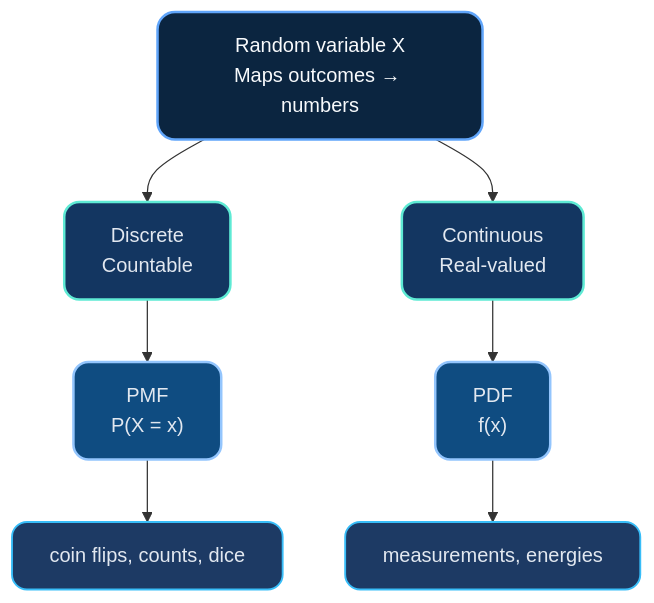
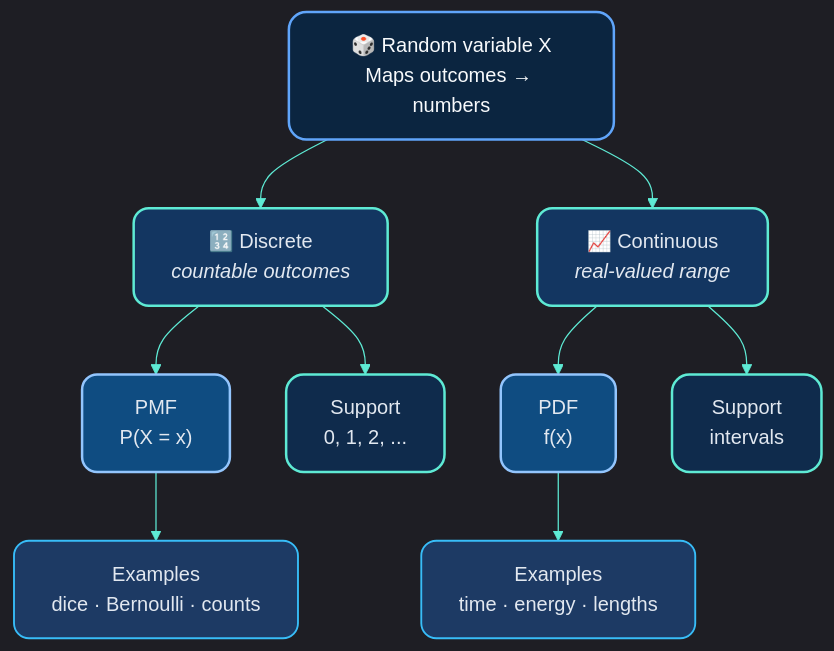
Before and after one commit to MindaugasSarpis/CERN_lessons_on_data_analysis: the fourth of 6 diagrams in lectures/content/slides/L9_Probability_and_Statistics.md, drawn with Mermaid. The commit also changed other lines of this file and 3 other files, not shown here.

````diff
--- a/lectures/content/slides/L9_Probability_and_Statistics.md
+++ b/lectures/content/slides/L9_Probability_and_Statistics.md
@@ -744,26 +749,29 @@
-```mermaid
+```mermaid {scale: 0.9}
 %%{init: {'theme': 'dark', 'themeVariables': {
   'primaryColor': '#0f1f3d',
   'primaryBorderColor': '#60a5fa',
   'primaryTextColor': '#e2e8f0',
   'secondaryColor': '#102b4c',
   'tertiaryColor': '#143860',
   'lineColor': '#5eead4',
   'fontFamily': 'Inter, Segoe UI, sans-serif'
-}, 'flowchart': {'curve': 'basis', 'htmlLabels': true, 'useMaxWidth': true, 'nodeSpacing': 35, 'rankSpacing': 45}}%%
+}, 'flowchart': {'curve': 'basis', 'htmlLabels': true, 'useMaxWidth': true, 'nodeSpacing': 45, 'rankSpacing': 55}}}%%
 flowchart TB
-    RV["Random variable X<br/>Maps outcomes → numbers"]:::hub
-    RV --> Discrete["Discrete<br/>Countable"]:::branch
-    RV --> Continuous["Continuous<br/>Real-valued"]:::branch
+    RV["🎲 Random variable X<br/><span class='text-sm'>Maps outcomes → numbers</span>"]:::hub
+    RV --> Disc["🔢 Discrete<br/><i>countable outcomes</i>"]:::category
+    RV --> Cont["📈 Continuous<br/><i>real-valued range</i>"]:::category
 
-    Discrete --> PMF["PMF<br/>P(X = x)"]:::detail
-    Continuous --> PDF["PDF<br/>f(x)"]:::detail
+    Disc --> PMF["PMF<br/>P(X = x)"]:::detail
+    Disc --> DiscSupport["Support<br/><span class='text-sm'>0, 1, 2, ...</span>"]:::support
+    PMF --> DiscEx["Examples<br/><span class='text-sm'>dice · Bernoulli · counts</span>"]:::example
 
-    PMF --> DiscEx["coin flips, counts, dice"]:::example
-    PDF --> ContEx["measurements, energies"]:::example
+    Cont --> PDF["PDF<br/>f(x)"]:::detail
+    Cont --> ContSupport["Support<br/><span class='text-sm'>intervals</span>"]:::support
+    PDF --> ContEx["Examples<br/><span class='text-sm'>time · energy · lengths</span>"]:::example
 
     classDef hub fill:#0b2540,stroke:#60a5fa,stroke-width:2px,color:#f8fafc,rx:14px,ry:14px;
-    classDef branch fill:#133661,stroke:#5eead4,stroke-width:2px,color:#e2e8f0,rx:12px,ry:12px;
+    classDef category fill:#133661,stroke:#5eead4,stroke-width:2px,color:#e2e8f0,rx:12px,ry:12px;
     classDef detail fill:#0f4c81,stroke:#93c5fd,stroke-width:2px,color:#e2e8f0,rx:12px,ry:12px;
+    classDef support fill:#0f2b4c,stroke:#5eead4,stroke-width:2px,color:#e2e8f0,rx:14px,ry:14px;
     classDef example fill:#1d3a64,stroke:#38bdf8,stroke-width:1.5px,color:#e2e8f0,rx:12px,ry:12px;
 ```
````
